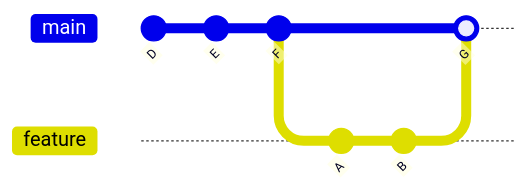
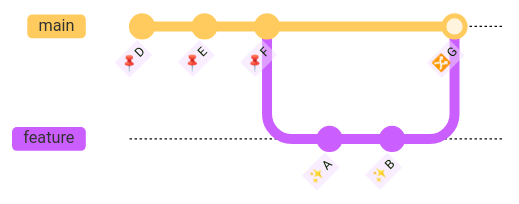
One commit to jingu279/Document changed the second of 2 diagrams in git/09_용어_설명.md. Above: the diagram before and after it, drawn with Mermaid. The commit also changed other lines of this file and 24 other files, not shown here.

First line of the commit message:
Git 문서 전체 Mermaid 다이어그램 스타일링 통일

````diff
--- a/git/09_용어_설명.md
+++ b/git/09_용어_설명.md
@@ -152,12 +153,13 @@
-  ```mermaid
-  gitGraph
-     commit id: "D"
-     commit id: "E"
-     commit id: "F"
-     branch feature
-     checkout feature
-     commit id: "A"
-     commit id: "B"
-     checkout main
-     merge feature id: "G"
-  ```
+```mermaid
+%%{init: {'theme': 'base', 'themeVariables': {'fontSize': '13px'}}}%%
+gitGraph
+   commit id: "📌 D"
+   commit id: "📌 E"
+   commit id: "📌 F"
+   branch feature
+   checkout feature
+   commit id: "✨ A"
+   commit id: "✨ B"
+   checkout main
+   merge feature id: "🔀 G"
+```
````
